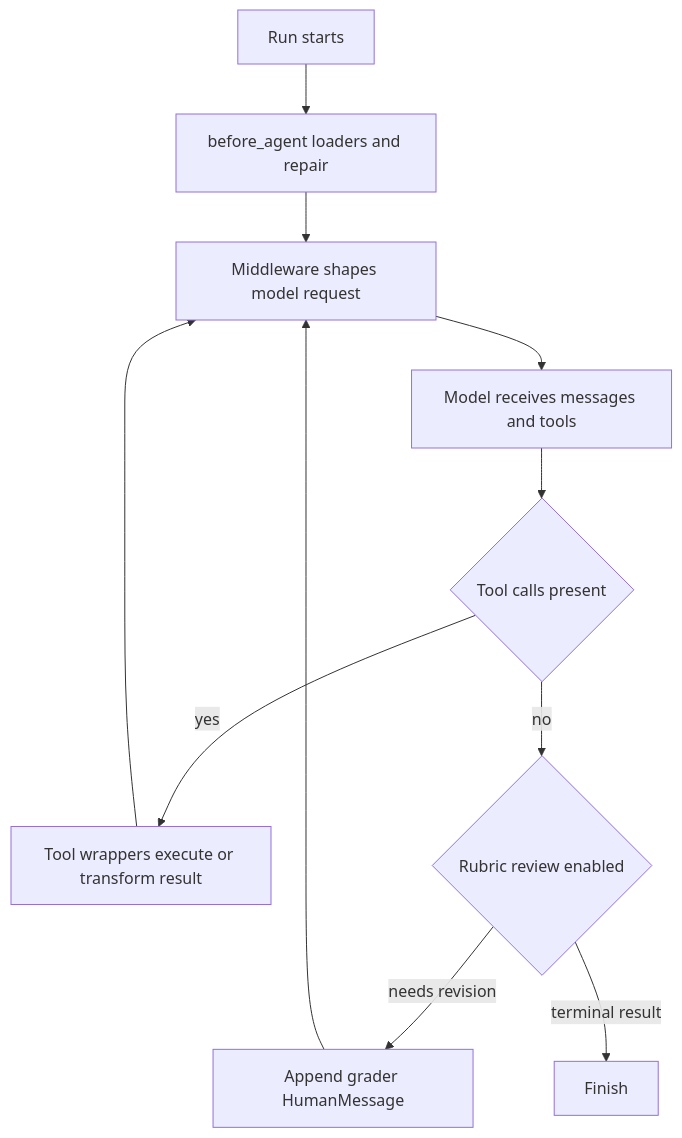
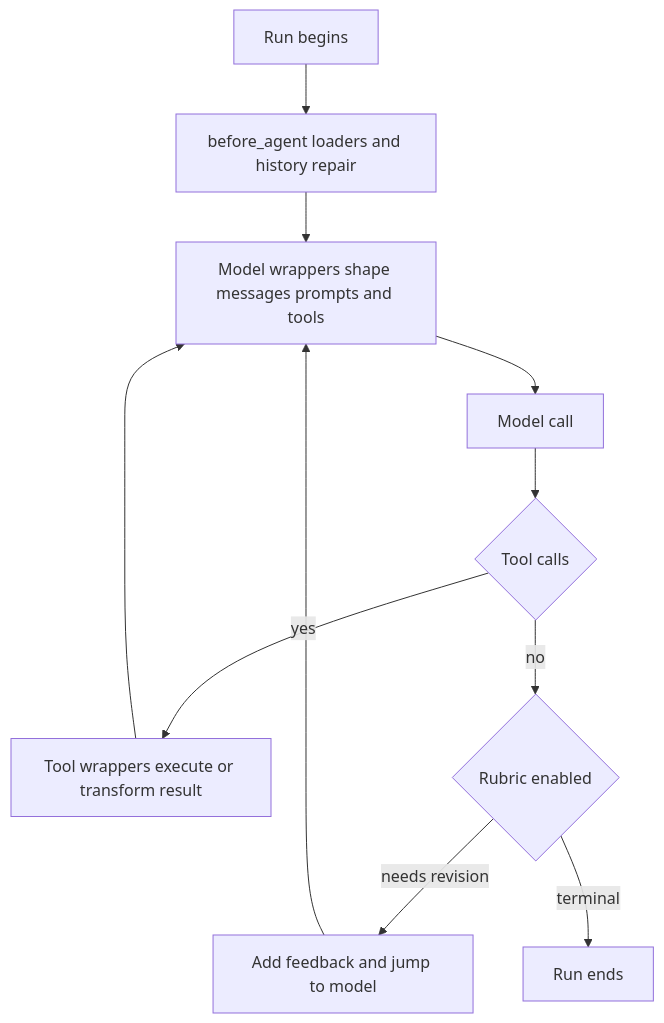
Before and after one commit to langchain-ai/deepagents: the diagram in openwiki/concepts/middleware-catalog.md, drawn with Mermaid. The commit also changed other lines of this file and 55 other files, not shown here.

````diff
--- a/openwiki/concepts/middleware-catalog.md
+++ b/openwiki/concepts/middleware-catalog.md
@@ -80,13 +75,13 @@
 ```mermaid
 flowchart TD
-    Start["Run starts"] --> Load["before_agent loaders and repair"]
-    Load --> Shape["Middleware shapes model request"]
-    Shape --> Model["Model receives messages and tools"]
-    Model --> Choice{"Tool calls present"}
-    Choice -->|"yes"| Tools["Tool wrappers execute or transform result"]
-    Tools --> Shape
-    Choice -->|"no"| Review{"Rubric review enabled"}
-    Review -->|"needs revision"| Feedback["Append grader HumanMessage"]
-    Feedback --> Shape
-    Review -->|"terminal result"| Finish["Finish"]
+    Begin["Run begins"] --> Before["before_agent loaders and history repair"]
+    Before --> Request["Model wrappers shape messages prompts and tools"]
+    Request --> Model["Model call"]
+    Model --> Calls{"Tool calls"}
+    Calls -->|"yes"| Tool["Tool wrappers execute or transform result"]
+    Tool --> Request
+    Calls -->|"no"| Review{"Rubric enabled"}
+    Review -->|"needs revision"| Feedback["Add feedback and jump to model"]
+    Feedback --> Request
+    Review -->|"terminal"| Done["Run ends"]
 ```
````
